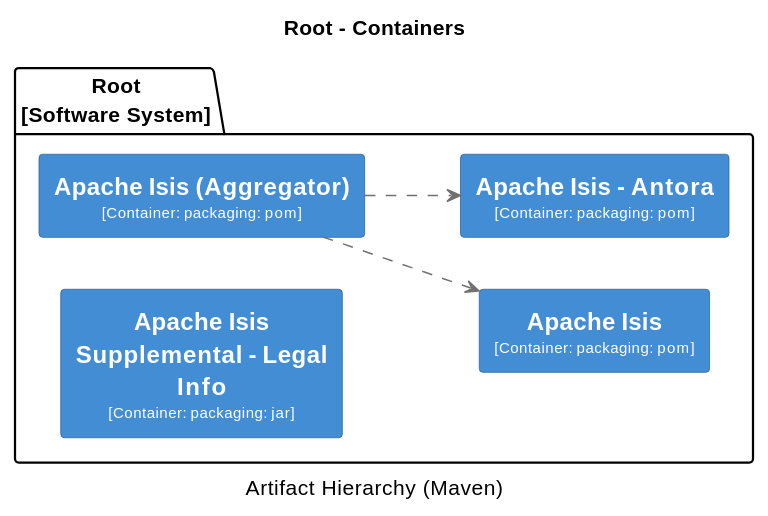
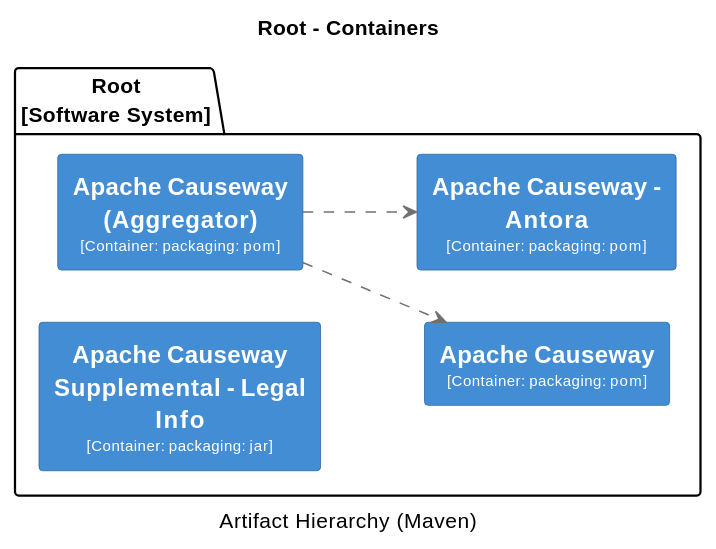
Before and after one commit to apache/causeway: the fifth of 32 diagrams in core/adoc/modules/_overview/pages/about.adoc, drawn with PlantUML. The commit also changed other lines of this file and 398 other files, not shown here.

```diff
--- a/core/adoc/modules/_overview/pages/about.adoc
+++ b/core/adoc/modules/_overview/pages/about.adoc
@@ -1149,45 +1149,45 @@
 [plantuml,Root,svg]
 ----
 @startuml(id=Root)
 title Root - Containers
 caption Artifact Hierarchy (Maven)
 
 skinparam {
   shadowing false
   arrowFontSize 10
   defaultTextAlignment center
   wrapWidth 200
   maxMessageSize 100
 }
 hide stereotype
 left to right direction
 skinparam rectangle<<2>> {
   BackgroundColor #438dd5
   FontColor #fffffe
   BorderColor #2E6295
 }
 skinparam rectangle<<3>> {
   BackgroundColor #438dd5
   FontColor #fffffe
   BorderColor #2E6295
 }
 skinparam rectangle<<4>> {
   BackgroundColor #438dd5
   FontColor #fffffe
   BorderColor #2E6295
 }
 skinparam rectangle<<5>> {
   BackgroundColor #438dd5
   FontColor #fffffe
   BorderColor #2E6295
 }
 package "Root\n[Software System]" {
-  rectangle "==Apache Isis\n<size:10>[Container: packaging: pom]</size>" <<4>> as 4
-  rectangle "==Apache Isis (Aggregator)\n<size:10>[Container: packaging: pom]</size>" <<2>> as 2
-  rectangle "==Apache Isis - Antora\n<size:10>[Container: packaging: pom]</size>" <<3>> as 3
-  rectangle "==Apache Isis Supplemental - Legal Info\n<size:10>[Container: packaging: jar]</size>" <<5>> as 5
+  rectangle "==Apache Causeway\n<size:10>[Container: packaging: pom]</size>" <<4>> as 4
+  rectangle "==Apache Causeway (Aggregator)\n<size:10>[Container: packaging: pom]</size>" <<2>> as 2
+  rectangle "==Apache Causeway - Antora\n<size:10>[Container: packaging: pom]</size>" <<3>> as 3
+  rectangle "==Apache Causeway Supplemental - Legal Info\n<size:10>[Container: packaging: jar]</size>" <<5>> as 5
 }
 2 .[#707070].> 4 : ""
 2 .[#707070].> 3 : ""
 @enduml
 ----
```
